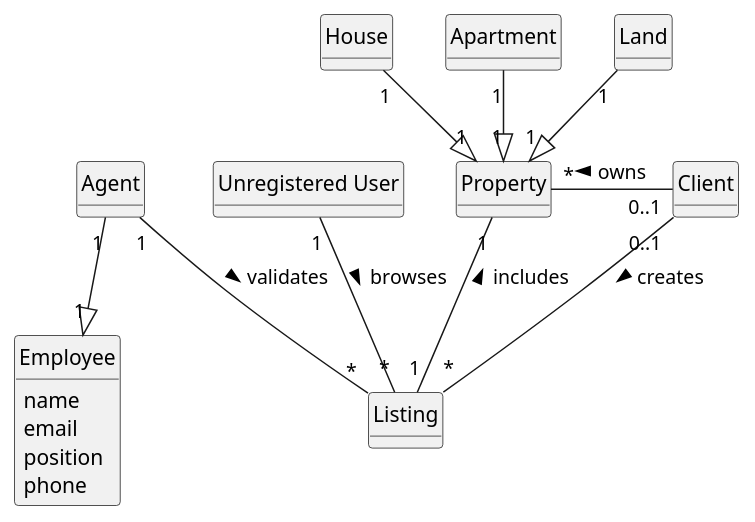
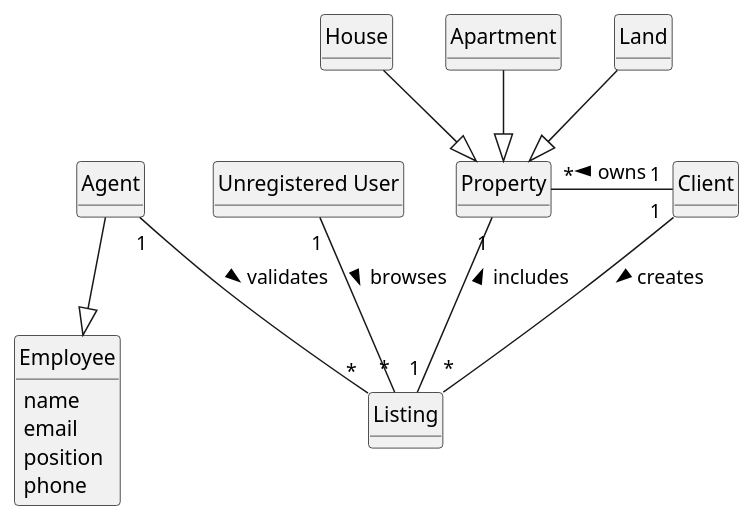
The diagram in docs/sprintB/US001/02.analysis/puml/us001-domain-model.puml (tiagohcorreia/LAPR2), drawn with PlantUML before and after one commit. The commit also changed 8 other files, not shown here.

```diff
--- a/docs/sprintB/US001/02.analysis/puml/us001-domain-model.puml
+++ b/docs/sprintB/US001/02.analysis/puml/us001-domain-model.puml
@@ -1,82 +1,82 @@
 @startuml
 skinparam monochrome true
 skinparam packageStyle rectangle
 skinparam shadowing false
 
 'left to right direction
 
 skinparam classAttributeIconSize 0
 
 hide circle
 hide methods
 
 'title Domain Model
 
 'class Platform {
 '  -description
 '}
 
 
 class Employee {
     name
     email
     position
     phone
 }
 
 
 'class User {
 '    name
 '    email
 '    password
 '}
 
 /'class Agent {
 
 }
 
 class Property {
 
 }
 
 class House {
 
 }
 
 class Apartment {
 
 }
 
 class Land {
 
 }
 
 class Client {
 
 }
 
 class Listing {
 
 }
 
 class "Unregistered User" {
 
 }'/
 
 
-House "1" --|> "1" Property
-Apartment "1" --|> "1" Property
-Land "1" --|> "1" Property
+House --|> Property
+Apartment --|> Property
+Land --|> Property
 Listing "1" -- "1" Property: includes >
 
-Agent "1" --|> "1" Employee
+Agent --|> Employee
 'Employee -|> User
 Agent "1" -- "*" Listing: validates >
 'Client "0..1" - "*" Property: owns >
-Property "*" - "0..1" Client : owns <
+Property "*" - "1" Client : owns <
 'Client "*" -|> "1" User
-Client "0..1" -- "*" Listing: creates >
+Client "1" -- "*" Listing: creates >
 '"Unregistered User" "1" ---|> "1" User
 "Unregistered User" "1" -- "*" Listing: browses >
 
 @enduml
```
